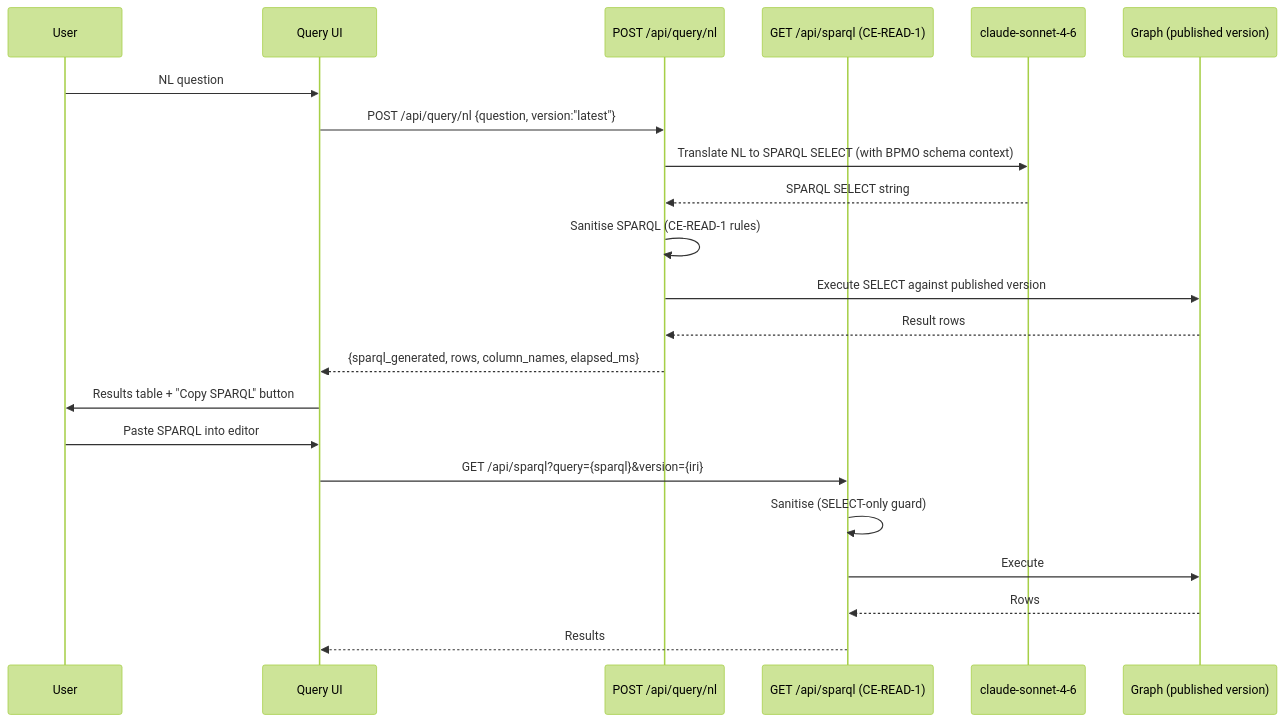
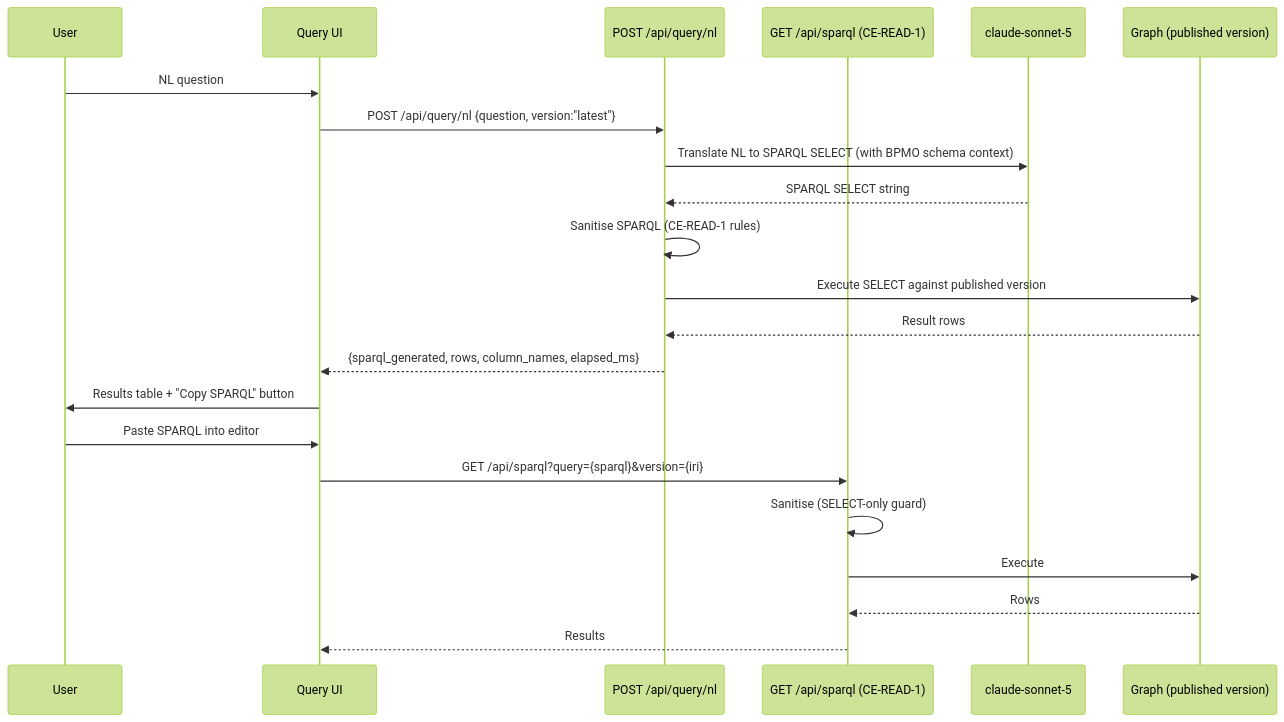
One commit to gazzwi86/weave changed the diagram in docs/specs/weave/engines/constitution-engine/04-arch/tasks/TASK-007.md. Above: the diagram before and after it, drawn with Mermaid (forest theme). The commit also changed other lines of this file and 26 other files, not shown here.

First line of the commit message:
chore: standardize on claude-sonnet-5 model id

````diff
--- a/docs/specs/weave/engines/constitution-engine/04-arch/tasks/TASK-007.md
+++ b/docs/specs/weave/engines/constitution-engine/04-arch/tasks/TASK-007.md
@@ -75,26 +75,26 @@
 ```mermaid
 sequenceDiagram
     participant U as User
     participant UI as Query UI
     participant NL as POST /api/query/nl
     participant SP as GET /api/sparql (CE-READ-1)
-    participant LLM as claude-sonnet-4-6
+    participant LLM as claude-sonnet-5
     participant G as Graph (published version)
 
     U->>UI: NL question
     UI->>NL: POST /api/query/nl {question, version:"latest"}
     NL->>LLM: Translate NL to SPARQL SELECT (with BPMO schema context)
     LLM-->>NL: SPARQL SELECT string
     NL->>NL: Sanitise SPARQL (CE-READ-1 rules)
     NL->>G: Execute SELECT against published version
     G-->>NL: Result rows
     NL-->>UI: {sparql_generated, rows, column_names, elapsed_ms}
     UI->>U: Results table + "Copy SPARQL" button
 
     U->>UI: Paste SPARQL into editor
     UI->>SP: GET /api/sparql?query={sparql}&version={iri}
     SP->>SP: Sanitise (SELECT-only guard)
     SP->>G: Execute
     G-->>SP: Rows
     SP-->>UI: Results
 ```
````
